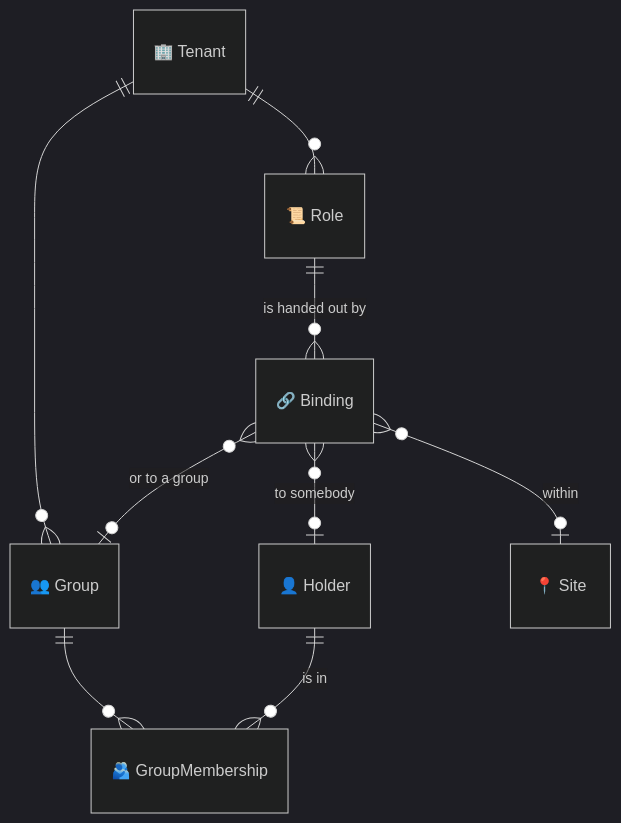
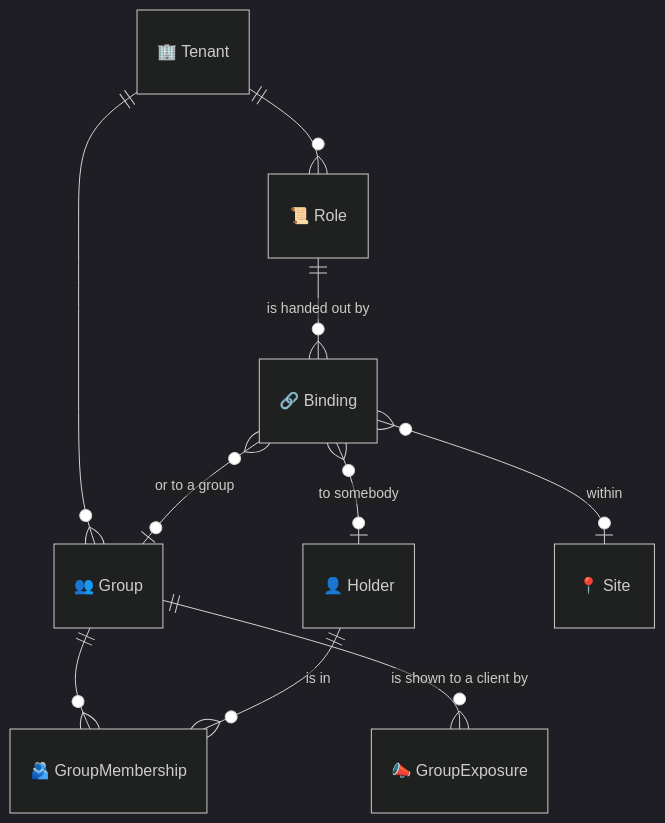
Before and after one commit to lesomnus/roster: the third of 8 diagrams in docs/entity.md, drawn with Mermaid (dark theme). The commit also changed other lines of this file and 36 other files, not shown here.

````diff
--- a/docs/entity.md
+++ b/docs/entity.md
@@ -257,11 +262,12 @@
 ```mermaid
 erDiagram
   "🏢 Tenant"  ||--o{  "📜 Role" : ""
   "🏢 Tenant"  ||--o{  "👥 Group" : ""
   "📜 Role"    ||--o{  "🔗 Binding" : "is handed out by"
   "🔗 Binding"  }o--o|  "👤 Holder" : "to somebody"
   "🔗 Binding"  }o--o|  "👥 Group" : "or to a group"
   "🔗 Binding"  }o--o|  "📍 Site" : "within"
   "👥 Group"   ||--o{  "🫂 GroupMembership" : ""
   "👤 Holder"  ||--o{  "🫂 GroupMembership" : "is in"
+  "👥 Group"   ||--o{  "📣 GroupExposure" : "is shown to a client by"
 ```
````
